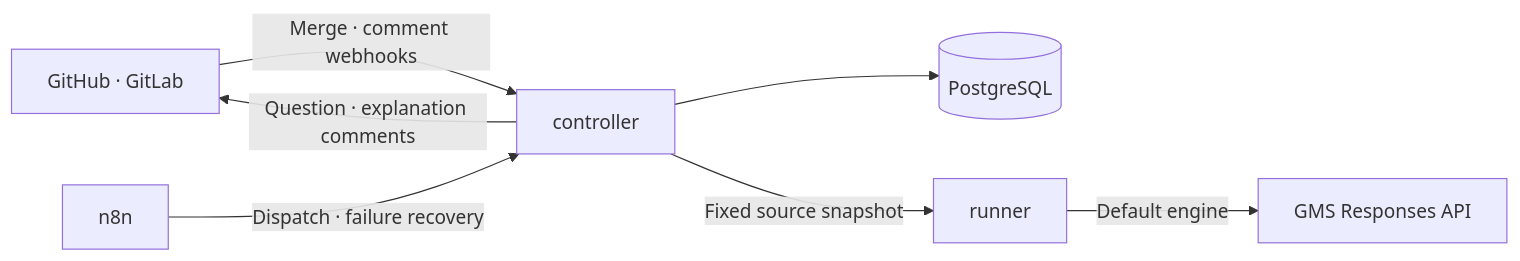
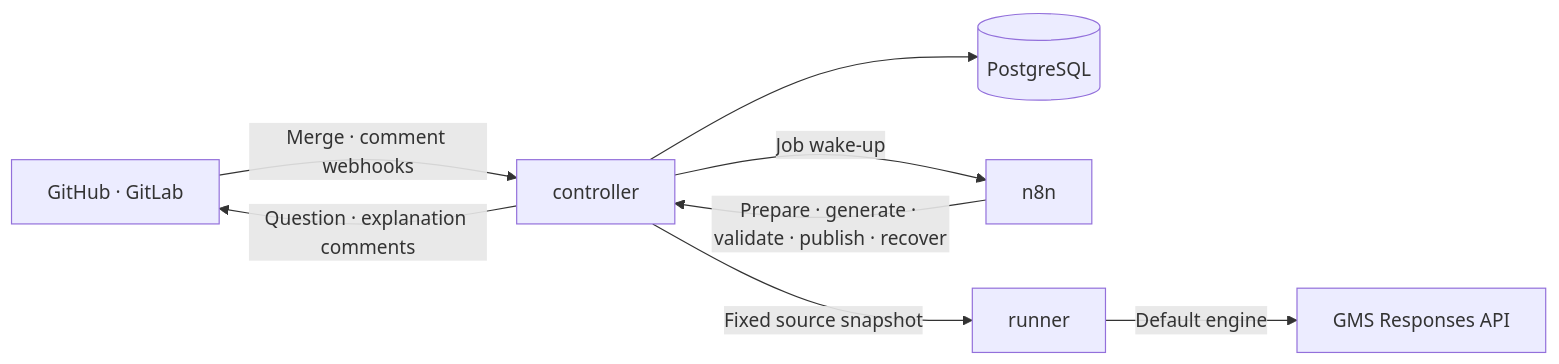
One commit to thisis-joe/codereviewbot changed the diagram in README.en.md. Above: the diagram before and after it, drawn with Mermaid. The commit also changed other lines of this file and 10 other files, not shown here.

Commit message:
feat: let n8n orchestrate job phases and recovery

````diff
--- a/README.en.md
+++ b/README.en.md
@@ -171,9 +171,10 @@
 ```mermaid
 flowchart LR
     Git[GitHub · GitLab] -->|Merge · comment webhooks| Controller[controller]
     Controller --> DB[(PostgreSQL)]
-    N8N[n8n] -->|Dispatch · failure recovery| Controller
+    Controller -->|Job wake-up| N8N[n8n]
+    N8N -->|Prepare · generate · validate · publish · recover| Controller
     Controller -->|Fixed source snapshot| Runner[runner]
     Runner -->|Default engine| GMS[GMS Responses API]
     Controller -->|Question · explanation comments| Git
 ```
````
